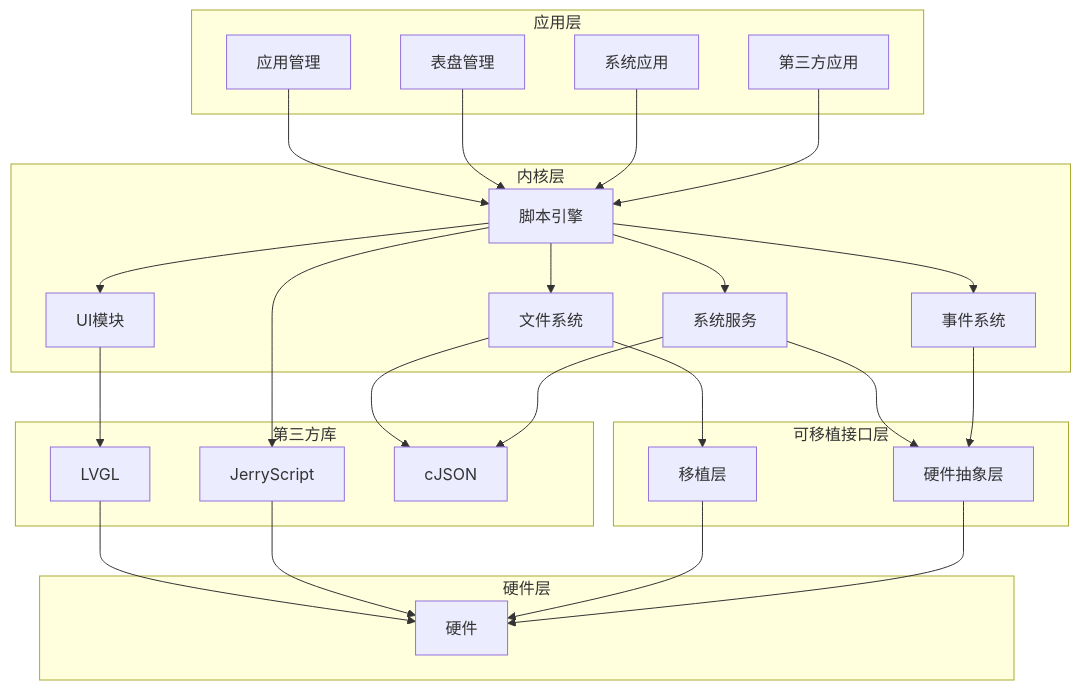
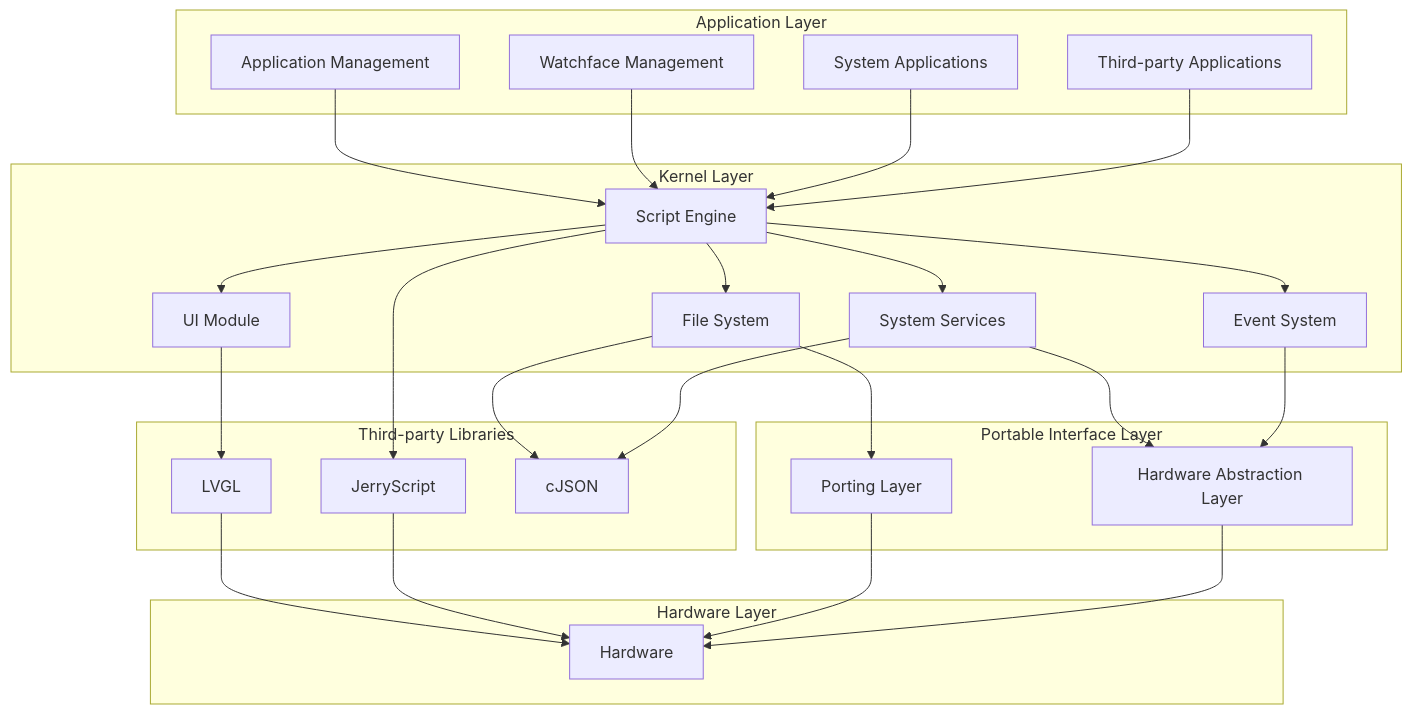
One commit to fossabot/ElenixOS-Docs changed the second of 2 diagrams in i18n/en/docusaurus-plugin-content-docs/current/architecture/arch.mdx. Above: the diagram before and after it, drawn with Mermaid. The commit also changed other lines of this file and 38 other files, not shown here.

````diff
--- a/i18n/en/docusaurus-plugin-content-docs/current/architecture/arch.mdx
+++ b/i18n/en/docusaurus-plugin-content-docs/current/architecture/arch.mdx
@@ -92,56 +92,56 @@
 ```mermaid
 graph TD
-    subgraph 应用层
-        AppMgr["应用管理"]
-        WatchfaceMgr["表盘管理"]
-        SystemApp["系统应用"]
-        ThirdPartyApp["第三方应用"]
+    subgraph ApplicationLayer["Application Layer"]
+        AppMgr["Application Management"]
+        WatchfaceMgr["Watchface Management"]
+        SystemApp["System Applications"]
+        ThirdPartyApp["Third-party Applications"]
     end
 
-    subgraph 内核层
-        ScriptEngine["脚本引擎"]
-        UIModule["UI模块"]
-        SystemServices["系统服务"]
-        FileSystem["文件系统"]
-        EventSystem["事件系统"]
+    subgraph KernelLayer["Kernel Layer"]
+        ScriptEngine["Script Engine"]
+        UIModule["UI Module"]
+        SystemServices["System Services"]
+        FileSystem["File System"]
+        EventSystem["Event System"]
     end
 
-    subgraph 可移植接口层
-        PortLayer["移植层"]
-        HAL["硬件抽象层"]
+    subgraph PortableInterfaceLayer["Portable Interface Layer"]
+        PortLayer["Porting Layer"]
+        HAL["Hardware Abstraction Layer"]
     end
 
-    subgraph 硬件层
-        Hardware["硬件"]
+    subgraph HardwareLayer["Hardware Layer"]
+        Hardware["Hardware"]
     end
 
-    subgraph 第三方库
+    subgraph ThirdPartyLibraries["Third-party Libraries"]
         LVGL["LVGL"]
         JerryScript["JerryScript"]
         CJSON["cJSON"]
     end
 
     AppMgr --> ScriptEngine
     WatchfaceMgr --> ScriptEngine
     SystemApp --> ScriptEngine
     ThirdPartyApp --> ScriptEngine
 
     ScriptEngine --> UIModule
     ScriptEngine --> SystemServices
     ScriptEngine --> FileSystem
     ScriptEngine --> EventSystem
 
     UIModule --> LVGL
     SystemServices --> HAL
     FileSystem --> PortLayer
     EventSystem --> HAL
 
     LVGL --> Hardware
     JerryScript --> Hardware
     PortLayer --> Hardware
     HAL --> Hardware
 
     ScriptEngine --> JerryScript
     FileSystem --> CJSON
     SystemServices --> CJSON
 ```
````
